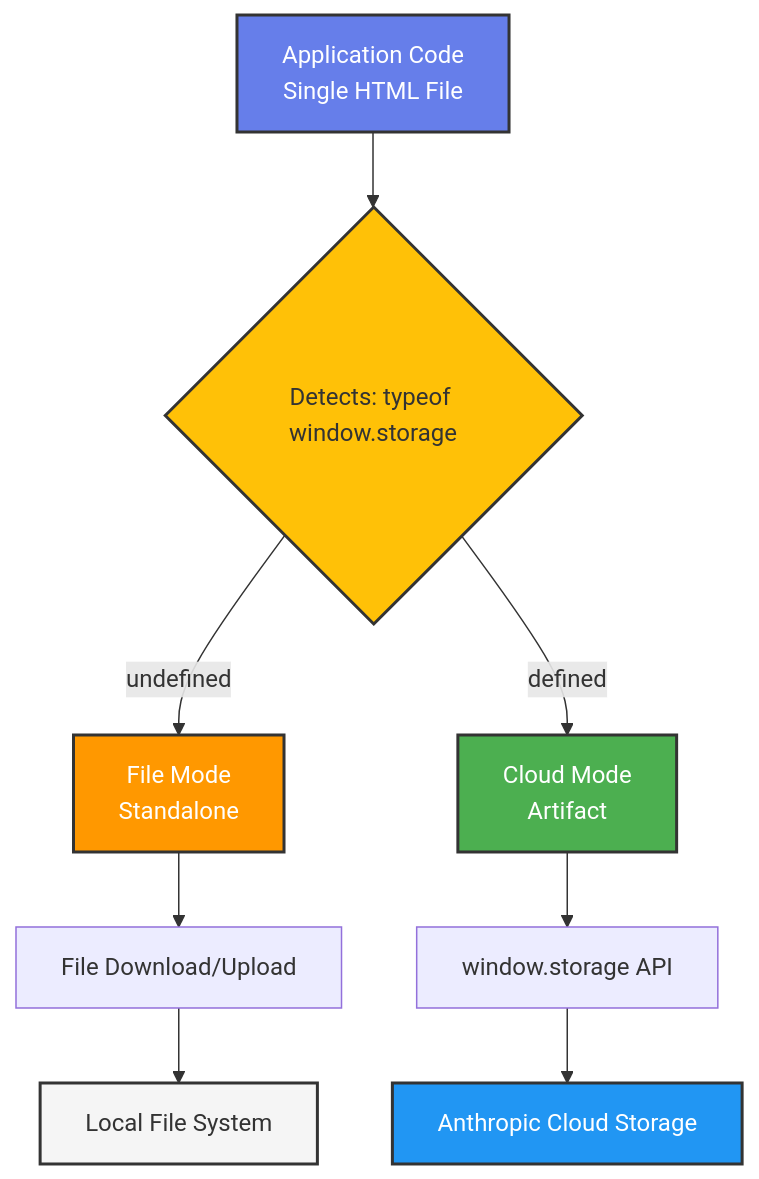
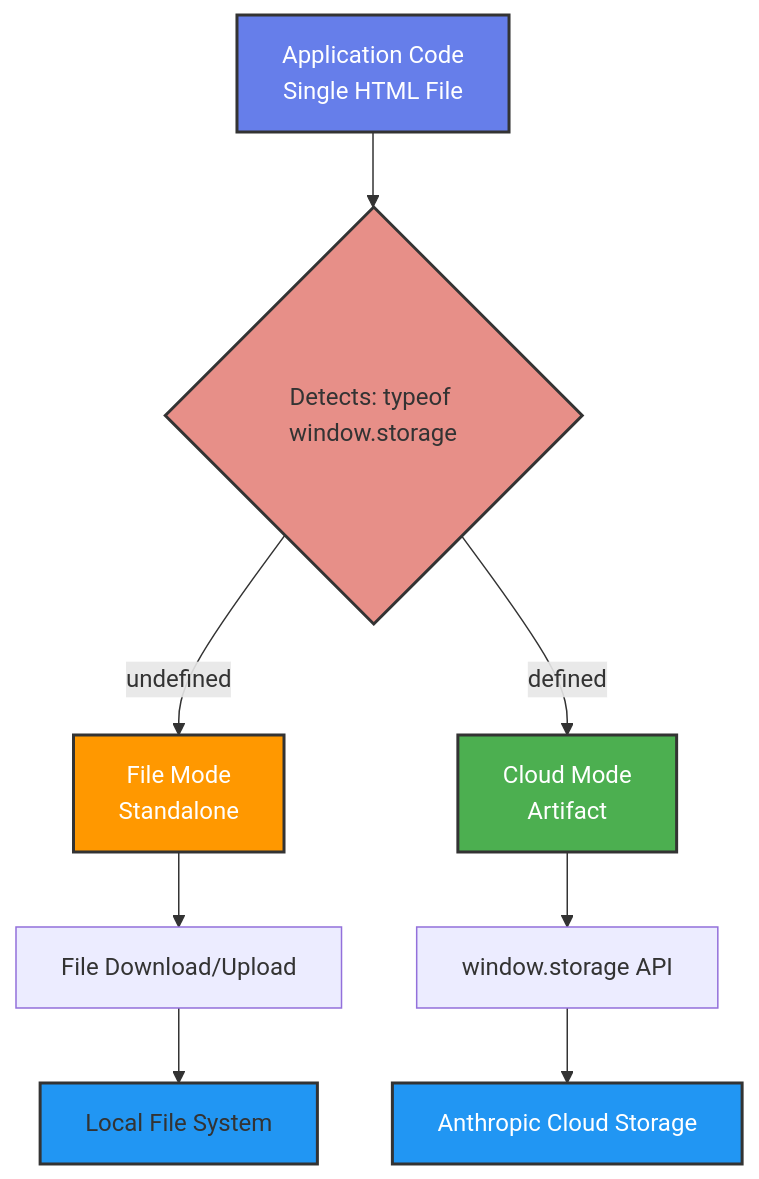
One commit to BlockSecCA/claude-artefact-storage changed the diagram in README.md. Above: the diagram before and after it, drawn with Mermaid.

Commit message:
Update styles for diagram in README.md

````diff
--- a/README.md
+++ b/README.md
@@ -274,19 +274,19 @@
 ```mermaid
 graph TD
     A[Application Code<br/>Single HTML File] --> B{Detects: typeof window.storage}
     B -->|undefined| C[File Mode<br/>Standalone]
     B -->|defined| D[Cloud Mode<br/>Artifact]
     
     C --> E[File Download/Upload]
     D --> F[window.storage API]
     
     E --> G[Local File System]
     F --> H[Anthropic Cloud Storage]
     
     style A fill:#667eea,stroke:#333,stroke-width:2px,color:#fff
-    style B fill:#ffc107,stroke:#333,stroke-width:2px
+    style B fill:#c107,stroke:#333,stroke-width:2px
     style C fill:#ff9800,stroke:#333,stroke-width:2px,color:#fff
     style D fill:#4caf50,stroke:#333,stroke-width:2px,color:#fff
-    style G fill:#f5f5f5,stroke:#333,stroke-width:2px
+    style G fill:#2196f3,stroke:#333,stroke-width:2px
     style H fill:#2196f3,stroke:#333,stroke-width:2px,color:#fff
 ```
````
